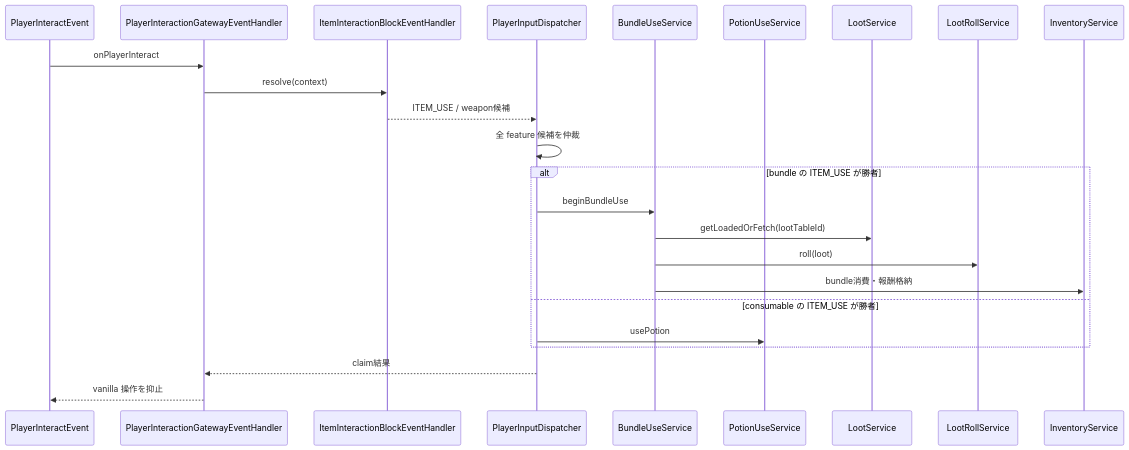
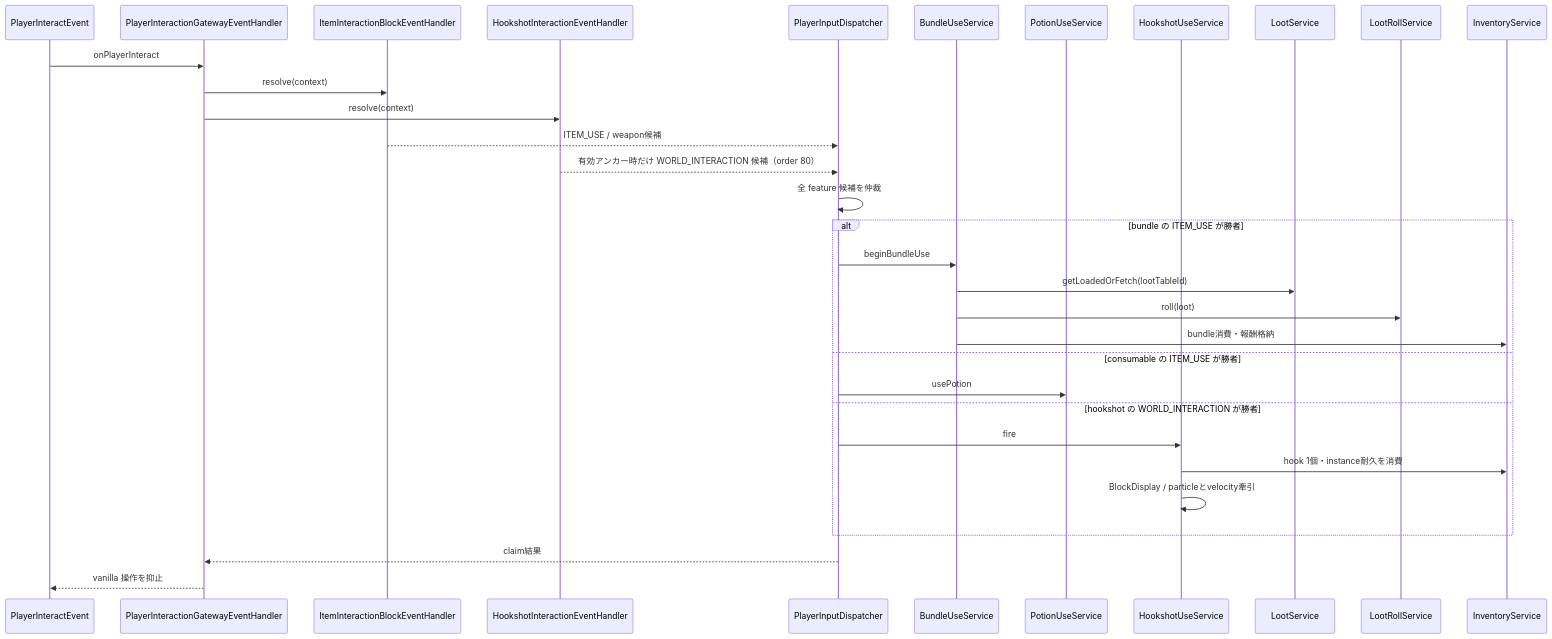
The seventh of 8 diagrams in 00_docs/10_Plugin設計書/feature/04-item/04_4-統合フロー.md (maaasu/AstralRecord-Workspace), drawn with Mermaid before and after one commit. The commit also changed other lines of this file and 26 other files, not shown here.

````diff
--- a/00_docs/10_Plugin設計書/feature/04-item/04_4-統合フロー.md
+++ b/00_docs/10_Plugin設計書/feature/04-item/04_4-統合フロー.md
@@ -208,27 +208,35 @@
 ```mermaid
 sequenceDiagram
     participant EVT as PlayerInteractEvent
     participant G as PlayerInteractionGatewayEventHandler
     participant R as ItemInteractionBlockEventHandler
+    participant H as HookshotInteractionEventHandler
     participant D as PlayerInputDispatcher
     participant B as BundleUseService
     participant P as PotionUseService
+    participant HS as HookshotUseService
     participant L as LootService
     participant LR as LootRollService
     participant IV as InventoryService
 
     EVT->>G: onPlayerInteract
     G->>R: resolve(context)
+    G->>H: resolve(context)
     R-->>D: ITEM_USE / weapon候補
+    H-->>D: 有効アンカー時だけ WORLD_INTERACTION 候補（order 80）
     D->>D: 全 feature 候補を仲裁
     alt bundle の ITEM_USE が勝者
         D->>B: beginBundleUse
         B->>L: getLoadedOrFetch(lootTableId)
         B->>LR: roll(loot)
         B->>IV: bundle消費・報酬格納
     else consumable の ITEM_USE が勝者
         D->>P: usePotion
+    else hookshot の WORLD_INTERACTION が勝者
+        D->>HS: fire
+        HS->>IV: hook 1個・instance耐久を消費
+        HS->>HS: BlockDisplay / particleとvelocity牽引
     end
     D-->>G: claim結果
     G-->>EVT: vanilla 操作を抑止
 ```
````
